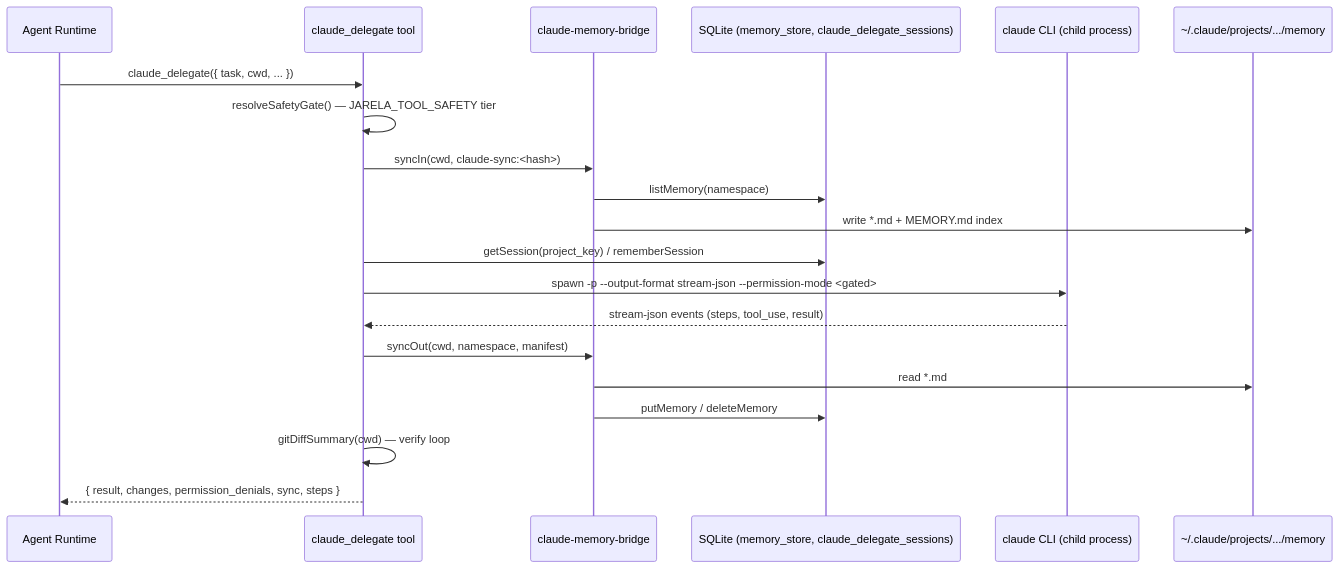
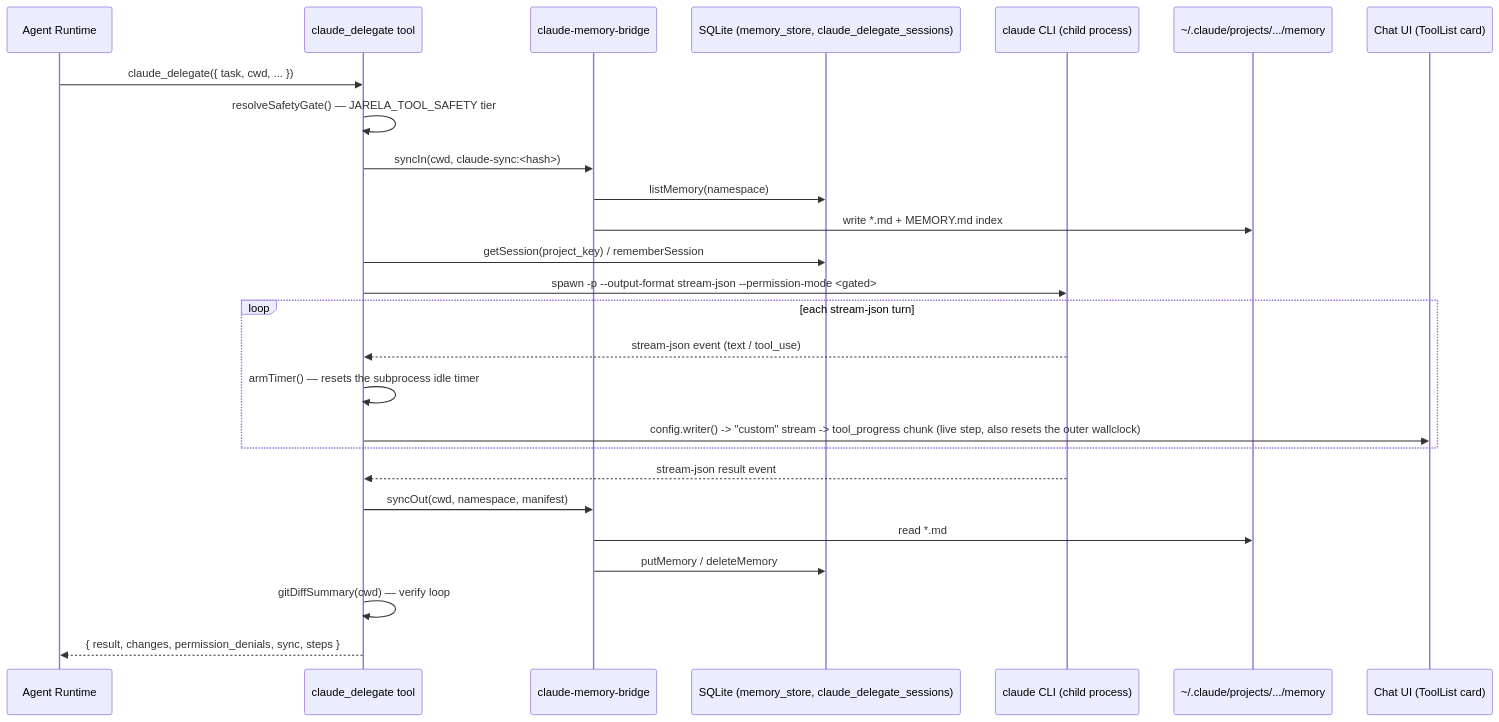
The seventh of 8 diagrams in docs/ARCHITECTURE.md (CircuitWall/jarela), drawn with Mermaid before and after one commit. The commit also changed other lines of this file and 17 other files, not shown here.

First line of the commit message:
feat(claude-delegate): stream live progress to chat + idle-reset wallclocks

````diff
--- a/docs/ARCHITECTURE.md
+++ b/docs/ARCHITECTURE.md
@@ -310,23 +310,29 @@
 ```mermaid
 sequenceDiagram
     participant AG as Agent Runtime
     participant CD as claude_delegate tool
     participant MB as claude-memory-bridge
     participant DB as SQLite (memory_store, claude_delegate_sessions)
     participant CLI as claude CLI (child process)
     participant FS as ~/.claude/projects/.../memory
+    participant UI as Chat UI (ToolList card)
 
     AG->>CD: claude_delegate({ task, cwd, ... })
     CD->>CD: resolveSafetyGate() — JARELA_TOOL_SAFETY tier
     CD->>MB: syncIn(cwd, claude-sync:<hash>)
     MB->>DB: listMemory(namespace)
     MB->>FS: write *.md + MEMORY.md index
     CD->>DB: getSession(project_key) / rememberSession
     CD->>CLI: spawn -p --output-format stream-json --permission-mode <gated>
-    CLI-->>CD: stream-json events (steps, tool_use, result)
+    loop each stream-json turn
+      CLI-->>CD: stream-json event (text / tool_use)
+      CD->>CD: armTimer() — resets the subprocess idle timer
+      CD->>UI: config.writer() -> "custom" stream -> tool_progress chunk (live step, also resets the outer wallclock)
+    end
+    CLI-->>CD: stream-json result event
     CD->>MB: syncOut(cwd, namespace, manifest)
     MB->>FS: read *.md
     MB->>DB: putMemory / deleteMemory
     CD->>CD: gitDiffSummary(cwd) — verify loop
     CD-->>AG: { result, changes, permission_denials, sync, steps }
 ```
````
